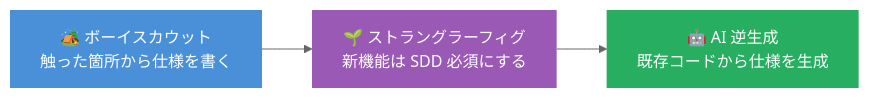
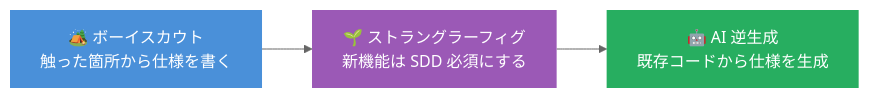
One commit to PrimeBrains/sdd-workshop changed the fourth of 4 diagrams in .claude/skills/draft-to-slides/SKILL.md. Above: the diagram before and after it, drawn with Mermaid (neutral theme). The commit also changed 5 other files, not shown here.

````diff
--- a/.claude/skills/draft-to-slides/SKILL.md
+++ b/.claude/skills/draft-to-slides/SKILL.md
@@ -125,8 +125,8 @@
 ```mermaid
 flowchart LR
-    B["🏕️ ボーイスカウット<br/>触った箇所から仕様を書く"] --> S["🌱 ストラングラーフィグ<br/>新機能は SDD 必須にする"]
+    B["🏕️ ボーイスカウト<br/>触った箇所から仕様を書く"] --> S["🌱 ストラングラーフィグ<br/>新機能は SDD 必須にする"]
     S --> R["🤖 AI 逆生成<br/>既存コードから仕様を生成"]
     style B fill:#4a90d9,color:#fff,stroke:none
     style S fill:#9b59b6,color:#fff,stroke:none
     style R fill:#27ae60,color:#fff,stroke:none
 ```
````
